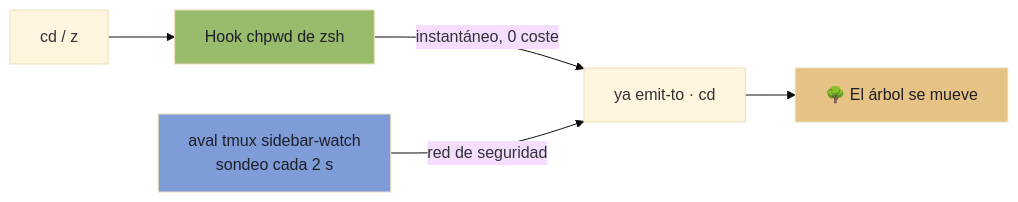
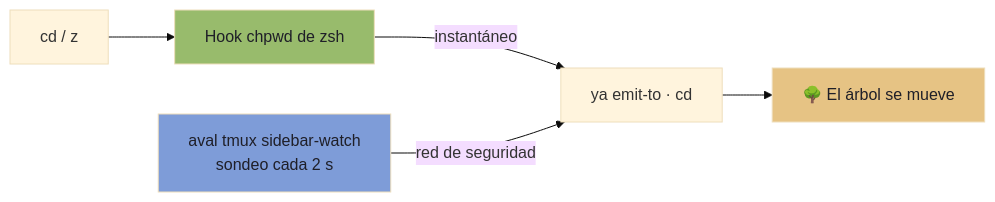
Before and after one commit to alvaroofernaandez/aval: the diagram in docs/guide.md, drawn with Mermaid (base theme). The commit also changed other lines of this file and 3 other files, not shown here.

````diff
--- a/docs/guide.md
+++ b/docs/guide.md
@@ -571,10 +499,10 @@
 ```mermaid
 flowchart LR
     A["cd / z"] --> B["Hook chpwd de zsh"]
-    B -->|instantáneo, 0 coste| D["ya emit-to · cd"]
+    B -->|instantáneo| D["ya emit-to · cd"]
     C["aval tmux sidebar-watch<br/>sondeo cada 2 s"] -->|red de seguridad| D
     D --> E["🌳 El árbol se mueve"]
     style B fill:#98BB6C,color:#1F1F28
     style C fill:#7E9CD8,color:#1F1F28
     style E fill:#E6C384,color:#1F1F28
 ```
````
